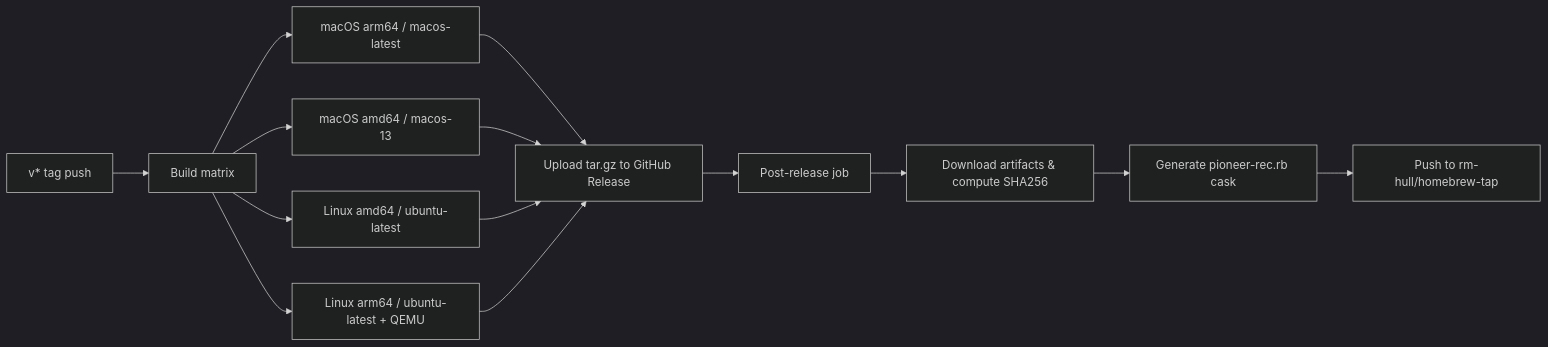
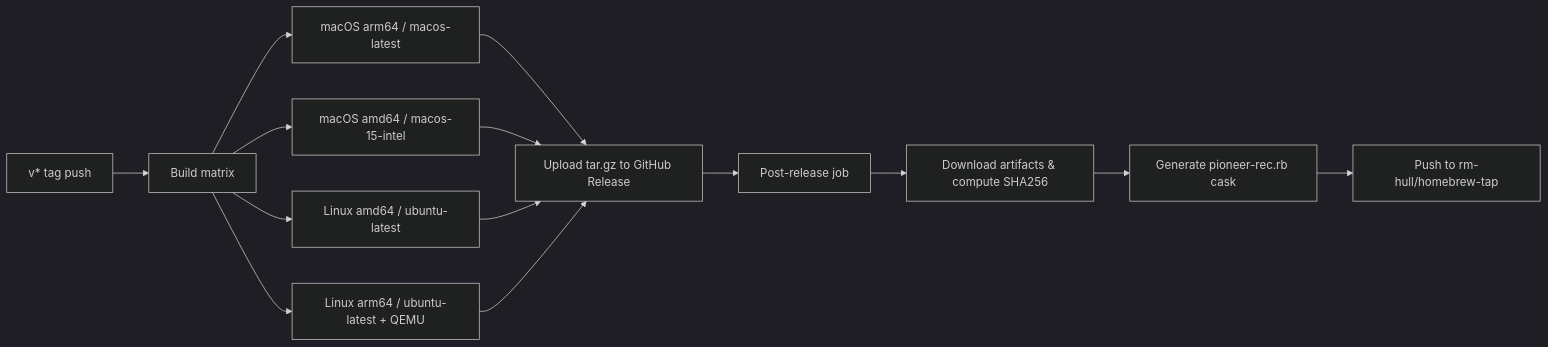
Before and after one commit to rm-hull/pioneer-rec: the diagram in .junie/plans/homebrew-cask-publish.md, drawn with Mermaid (dark theme). The commit also changed other lines of this file and 1 other file, not shown here.

First line of the commit message:
chore: update macOS amd64 runner to macos-15-intel

````diff
--- a/.junie/plans/homebrew-cask-publish.md
+++ b/.junie/plans/homebrew-cask-publish.md
@@ -63,16 +63,16 @@
 ```mermaid
 graph LR
   A["v* tag push"] --> B["Build matrix"]
   B --> B1["macOS arm64 / macos-latest"]
-  B --> B2["macOS amd64 / macos-13"]
+  B --> B2["macOS amd64 / macos-15-intel"]
   B --> B3["Linux amd64 / ubuntu-latest"]
   B --> B4["Linux arm64 / ubuntu-latest + QEMU"]
   B1 --> C["Upload tar.gz to GitHub Release"]
   B2 --> C
   B3 --> C
   B4 --> C
   C --> D["Post-release job"]
   D --> E["Download artifacts & compute SHA256"]
   E --> F["Generate pioneer-rec.rb cask"]
   F --> G["Push to rm-hull/homebrew-tap"]
 ```
````
